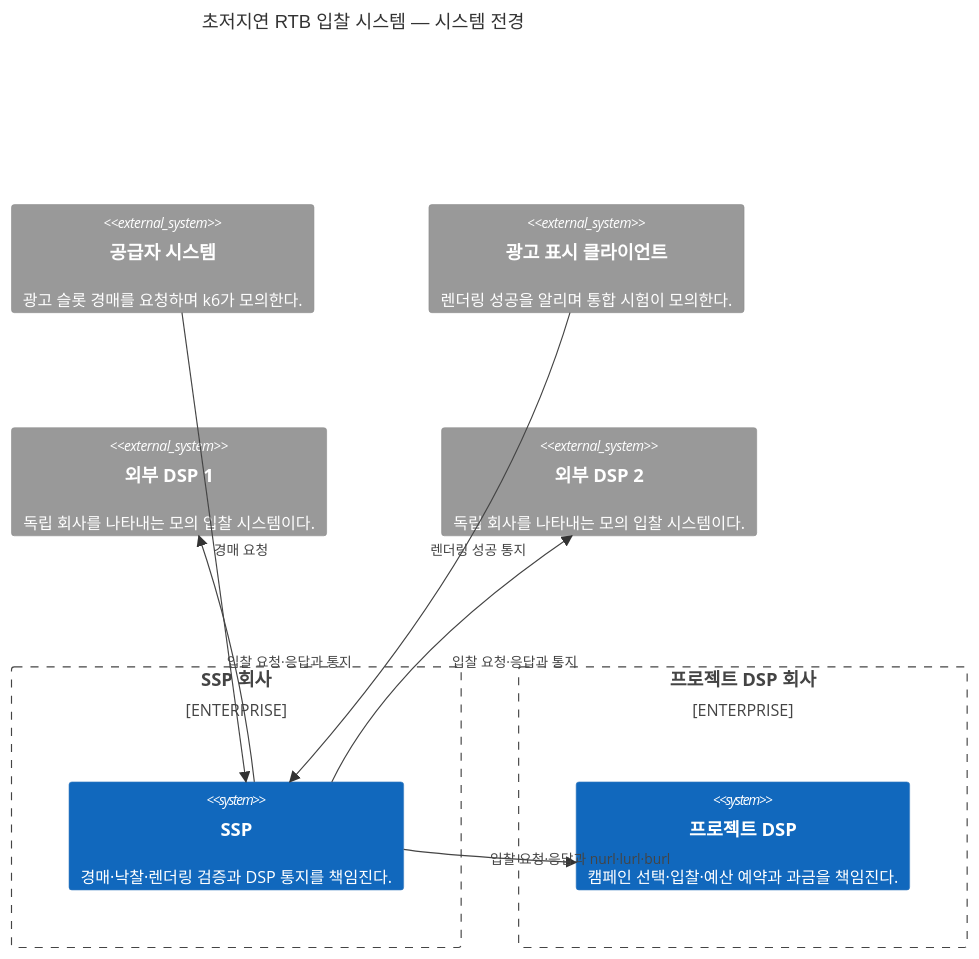
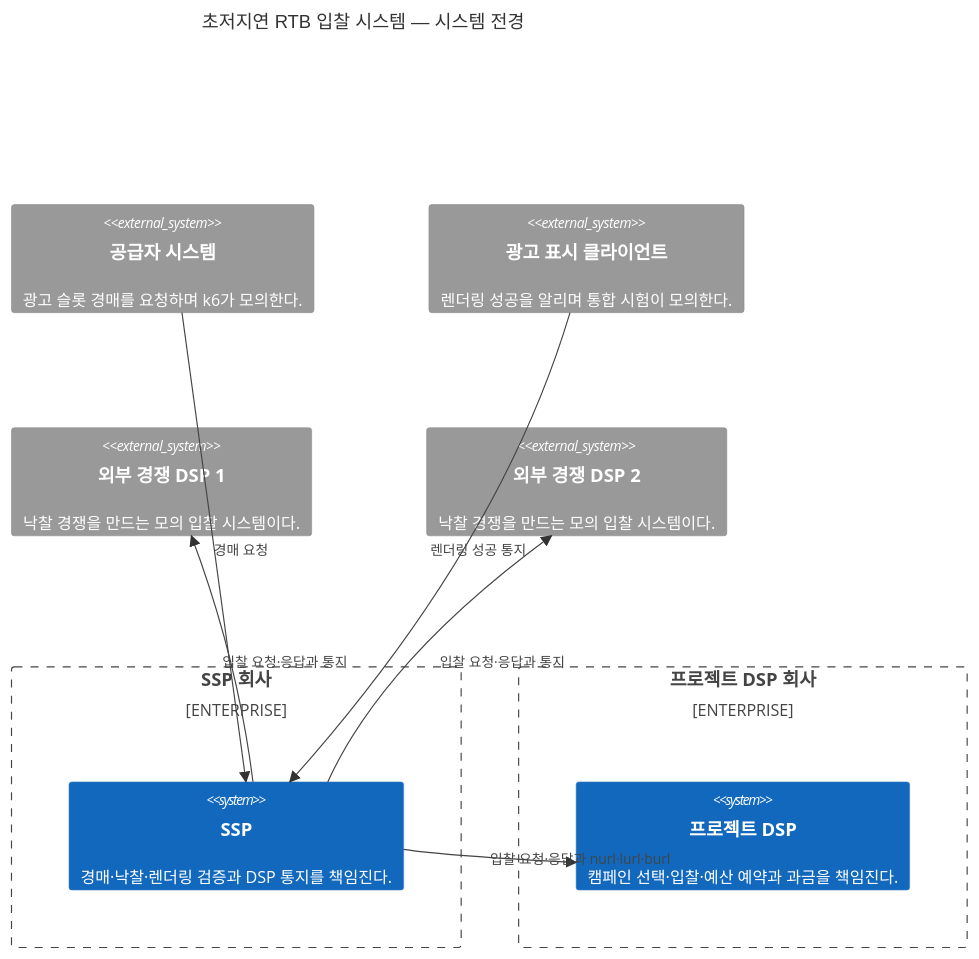
Before and after one commit to bbororo5/low-latency-openrtb-auction: the diagram in docs/architecture/views/landscape.md, drawn with Mermaid. The commit also changed other lines of this file and 13 other files, not shown here.

````diff
--- a/docs/architecture/views/landscape.md
+++ b/docs/architecture/views/landscape.md
@@ -7,26 +7,26 @@
 ```mermaid
 C4Context
     title 초저지연 RTB 입찰 시스템 — 시스템 전경
 
     System_Ext(supplier, "공급자 시스템", "광고 슬롯 경매를 요청하며 k6가 모의한다.")
     System_Ext(ad_client, "광고 표시 클라이언트", "렌더링 성공을 알리며 통합 시험이 모의한다.")
 
     Enterprise_Boundary(ssp_company, "SSP 회사") {
         System(ssp, "SSP", "경매·낙찰·렌더링 검증과 DSP 통지를 책임진다.")
     }
 
     Enterprise_Boundary(project_dsp_company, "프로젝트 DSP 회사") {
         System(project_dsp, "프로젝트 DSP", "캠페인 선택·입찰·예산 예약과 과금을 책임진다.")
     }
 
-    System_Ext(external_dsp_1, "외부 DSP 1", "독립 회사를 나타내는 모의 입찰 시스템이다.")
-    System_Ext(external_dsp_2, "외부 DSP 2", "독립 회사를 나타내는 모의 입찰 시스템이다.")
+    System_Ext(external_dsp_1, "외부 경쟁 DSP 1", "낙찰 경쟁을 만드는 모의 입찰 시스템이다.")
+    System_Ext(external_dsp_2, "외부 경쟁 DSP 2", "낙찰 경쟁을 만드는 모의 입찰 시스템이다.")
 
     Rel(supplier, ssp, "경매 요청")
     Rel(ad_client, ssp, "렌더링 성공 통지")
     Rel(ssp, project_dsp, "입찰 요청·응답과 nurl·lurl·burl")
     Rel(ssp, external_dsp_1, "입찰 요청·응답과 통지")
     Rel(ssp, external_dsp_2, "입찰 요청·응답과 통지")
 
     UpdateLayoutConfig($c4ShapeInRow="3", $c4BoundaryInRow="2")
 ```
````
